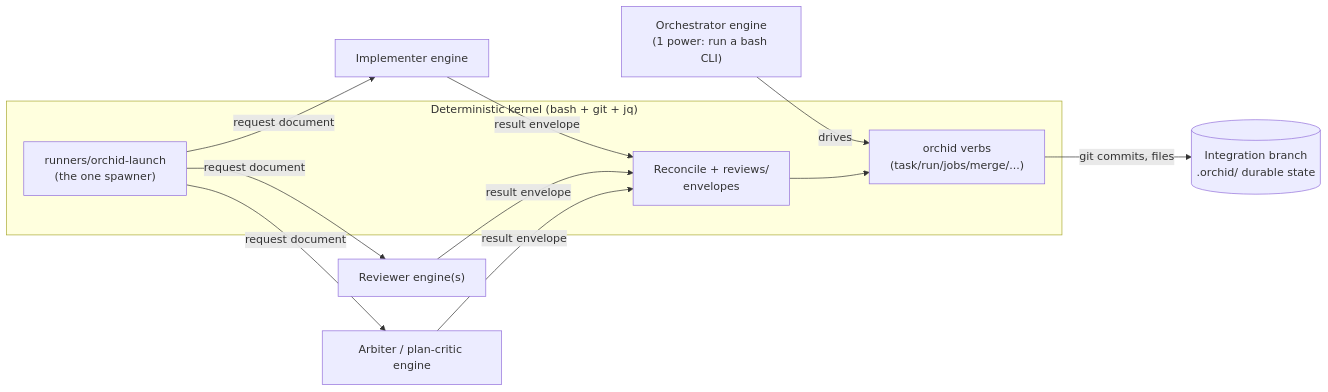
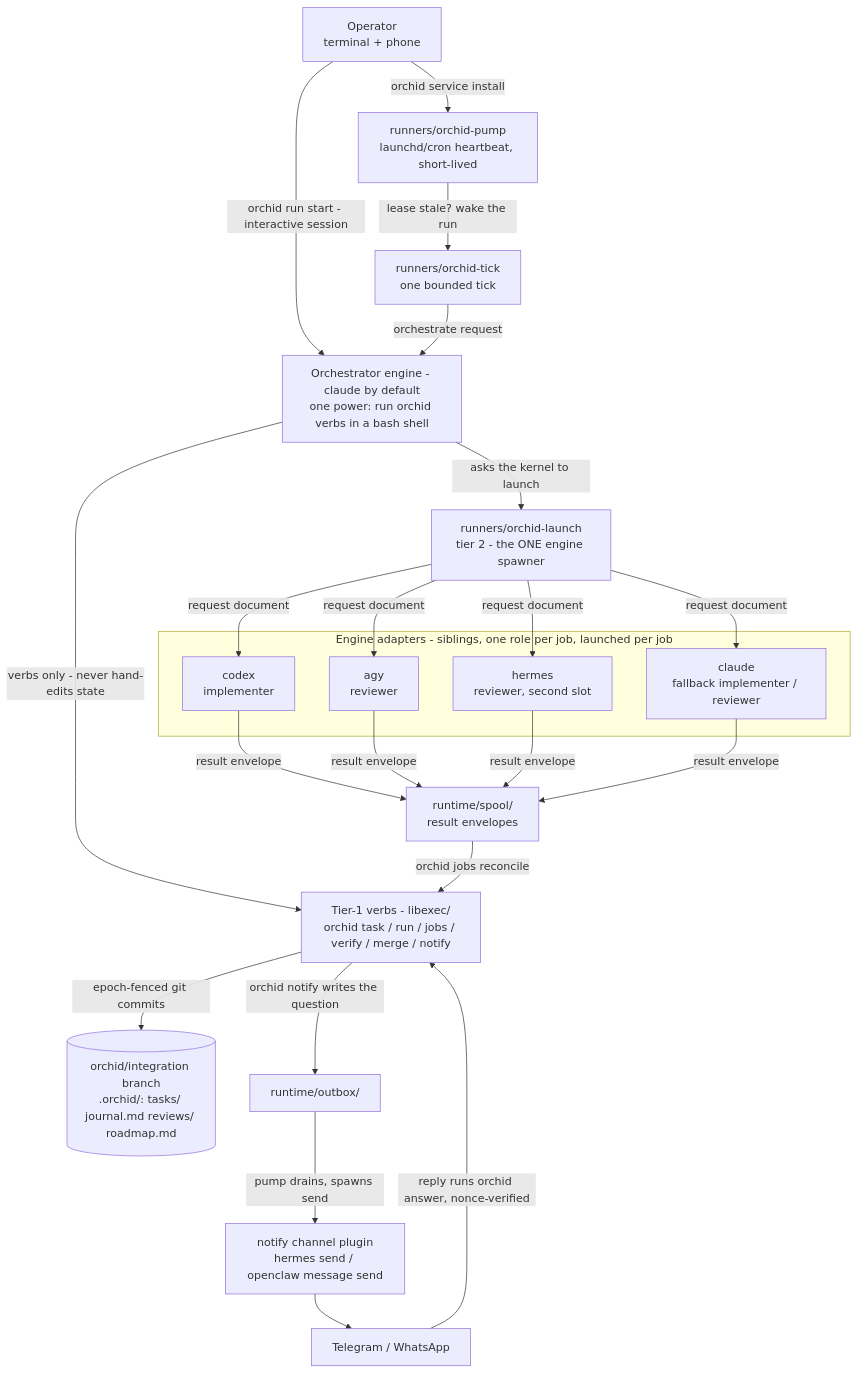
One commit to bilal-/orchid changed the first of 3 diagrams in README.md. Above: the diagram before and after it, drawn with Mermaid. The commit also changed other lines of this file and 3 other files, not shown here.

Commit message:
docs: architecture diagrams and flowcharts

````diff
--- a/README.md
+++ b/README.md
@@ -95,17 +104,41 @@
 ```mermaid
-flowchart LR
-    subgraph Kernel["Deterministic kernel (bash + git + jq)"]
-        V["orchid verbs<br/>(task/run/jobs/merge/...)"]
-        L["runners/orchid-launch<br/>(the one spawner)"]
-        R["Reconcile + reviews/<br/>envelopes"]
+flowchart TD
+    OP["Operator<br/>terminal + phone"]
+    PUMP["runners/orchid-pump<br/>launchd/cron heartbeat, short-lived"]
+    TICK["runners/orchid-tick<br/>one bounded tick"]
+    ORCH["Orchestrator engine - claude by default<br/>one power: run orchid verbs in a bash shell"]
+    VERBS["Tier-1 verbs - libexec/<br/>orchid task / run / jobs / verify / merge / notify"]
+    LAUNCH["runners/orchid-launch<br/>tier 2 - the ONE engine spawner"]
+    subgraph ENGINES["Engine adapters - siblings, one role per job, launched per job"]
+        COD["codex<br/>implementer"]
+        AGY["agy<br/>reviewer"]
+        HER["hermes<br/>reviewer, second slot"]
+        CLA["claude<br/>fallback implementer / reviewer"]
     end
-    O["Orchestrator engine<br/>(1 power: run a bash CLI)"] -->|drives| V
-    L -->|request document| E1["Implementer engine"]
-    L -->|request document| E2["Reviewer engine(s)"]
-    L -->|request document| E3["Arbiter / plan-critic engine"]
-    E1 -->|result envelope| R
-    E2 -->|result envelope| R
-    E3 -->|result envelope| R
-    R --> V
-    V -->|git commits, files| G[("Integration branch<br/>.orchid/ durable state")]
+    SPOOL["runtime/spool/<br/>result envelopes"]
+    STATE[("orchid/integration branch<br/>.orchid/: tasks/ journal.md reviews/ roadmap.md")]
+    OUTBOX["runtime/outbox/"]
+    CHAN["notify channel plugin<br/>hermes send / openclaw message send"]
+    PHONE["Telegram / WhatsApp"]
+
+    OP -->|"orchid run start - interactive session"| ORCH
+    OP -->|"orchid service install"| PUMP
+    PUMP -->|"lease stale? wake the run"| TICK
+    TICK -->|"orchestrate request"| ORCH
+    ORCH -->|"verbs only - never hand-edits state"| VERBS
+    ORCH -->|"asks the kernel to launch"| LAUNCH
+    LAUNCH -->|"request document"| COD
+    LAUNCH -->|"request document"| AGY
+    LAUNCH -->|"request document"| HER
+    LAUNCH -->|"request document"| CLA
+    COD -->|"result envelope"| SPOOL
+    AGY -->|"result envelope"| SPOOL
+    HER -->|"result envelope"| SPOOL
+    CLA -->|"result envelope"| SPOOL
+    SPOOL -->|"orchid jobs reconcile"| VERBS
+    VERBS -->|"epoch-fenced git commits"| STATE
+    VERBS -->|"orchid notify writes the question"| OUTBOX
+    OUTBOX -->|"pump drains, spawns send"| CHAN
+    CHAN --> PHONE
+    PHONE -->|"reply runs orchid answer, nonce-verified"| VERBS
 ```
````
